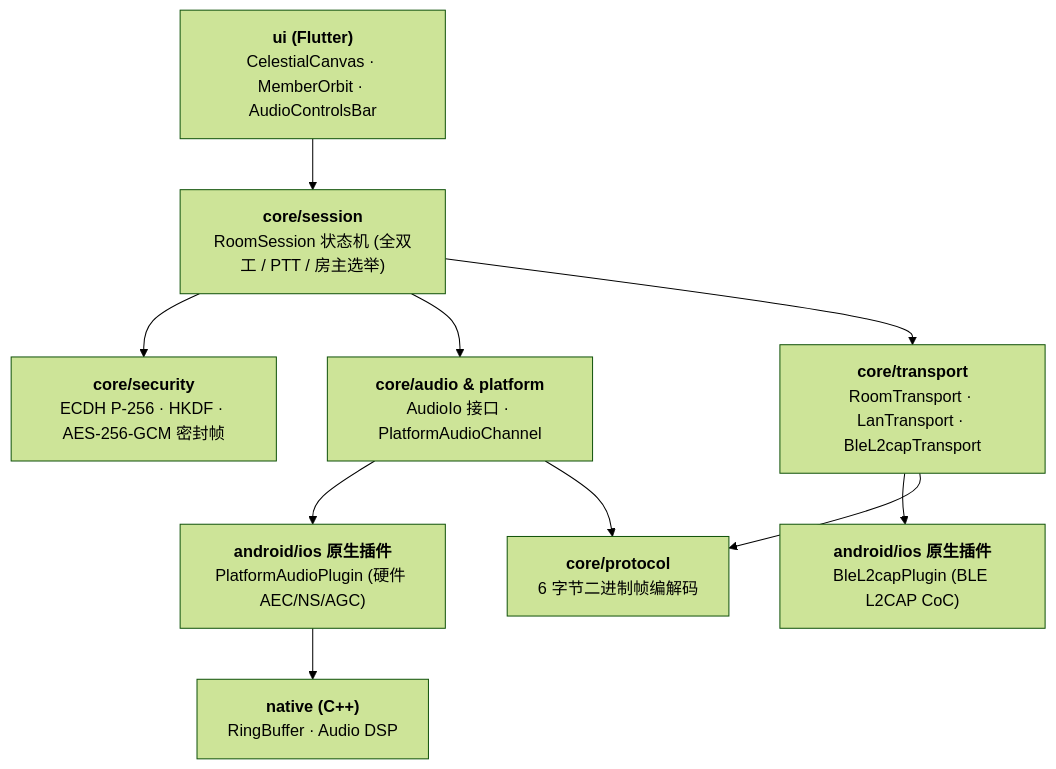
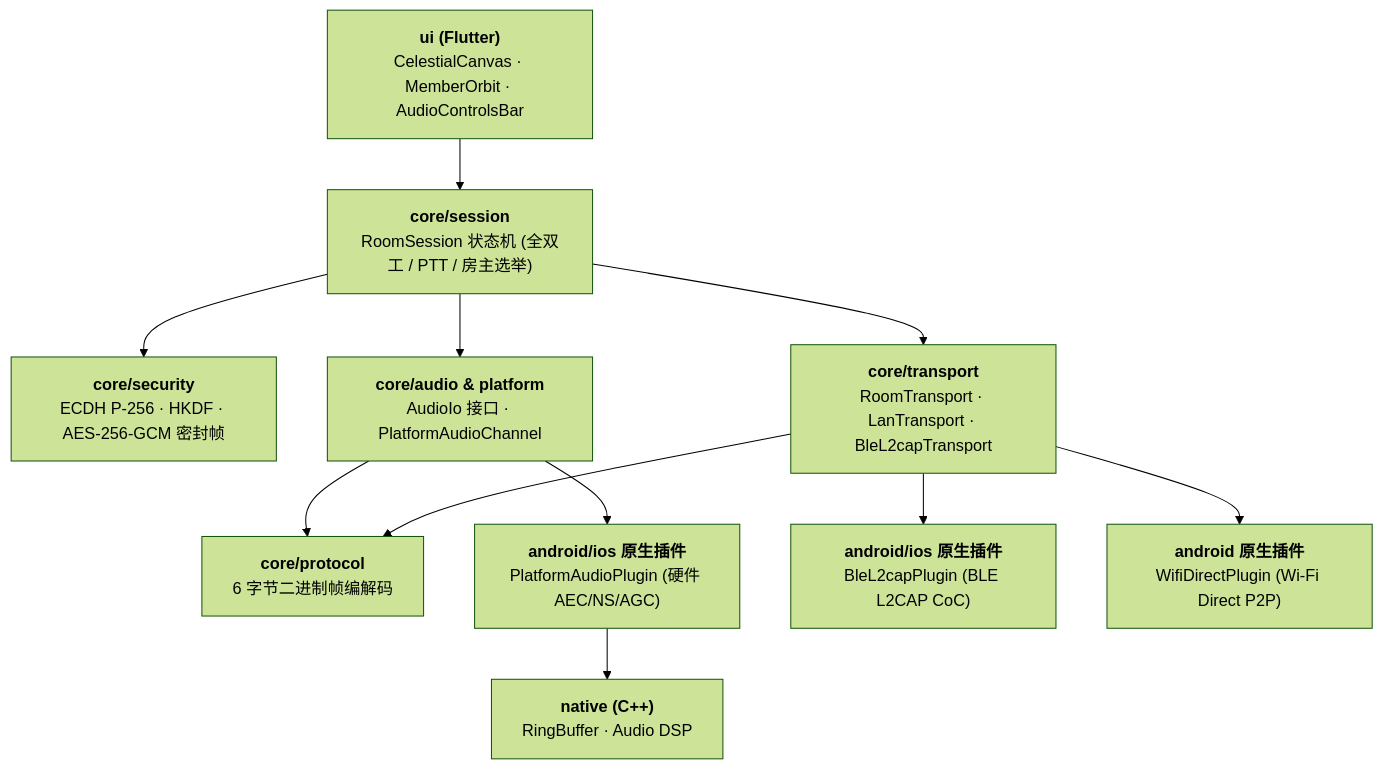
One commit to Starlordzz/sunsetripple changed the diagram in docs/wiki/架构总览.md. Above: the diagram before and after it, drawn with Mermaid (forest theme). The commit also changed other lines of this file and 10 other files, not shown here.

````diff
--- a/docs/wiki/架构总览.md
+++ b/docs/wiki/架构总览.md
@@ -7,22 +7,24 @@
 ```mermaid
 flowchart TD
     UI["<b>ui (Flutter)</b><br/>CelestialCanvas · MemberOrbit · AudioControlsBar"]
     SESSION["<b>core/session</b><br/>RoomSession 状态机 (全双工 / PTT / 房主选举)"]
     CRYPTO["<b>core/security</b><br/>ECDH P-256 · HKDF · AES-256-GCM 密封帧"]
     AUDIO["<b>core/audio & platform</b><br/>AudioIo 接口 · PlatformAudioChannel"]
     TRANS["<b>core/transport</b><br/>RoomTransport · LanTransport · BleL2capTransport"]
     PROTO["<b>core/protocol</b><br/>6 字节二进制帧编解码"]
     NATIVE_AUDIO["<b>android/ios 原生插件</b><br/>PlatformAudioPlugin (硬件 AEC/NS/AGC)"]
     NATIVE_BLE["<b>android/ios 原生插件</b><br/>BleL2capPlugin (BLE L2CAP CoC)"]
+    NATIVE_WIFI["<b>android 原生插件</b><br/>WifiDirectPlugin (Wi-Fi Direct P2P)"]
     NATIVE_DSP["<b>native (C++)</b><br/>RingBuffer · Audio DSP"]
 
     UI --> SESSION
     SESSION --> CRYPTO
     SESSION --> AUDIO
     SESSION --> TRANS
     AUDIO --> NATIVE_AUDIO
     TRANS --> NATIVE_BLE
+    TRANS --> NATIVE_WIFI
     TRANS --> PROTO
     AUDIO --> PROTO
     NATIVE_AUDIO --> NATIVE_DSP
 ```
````
